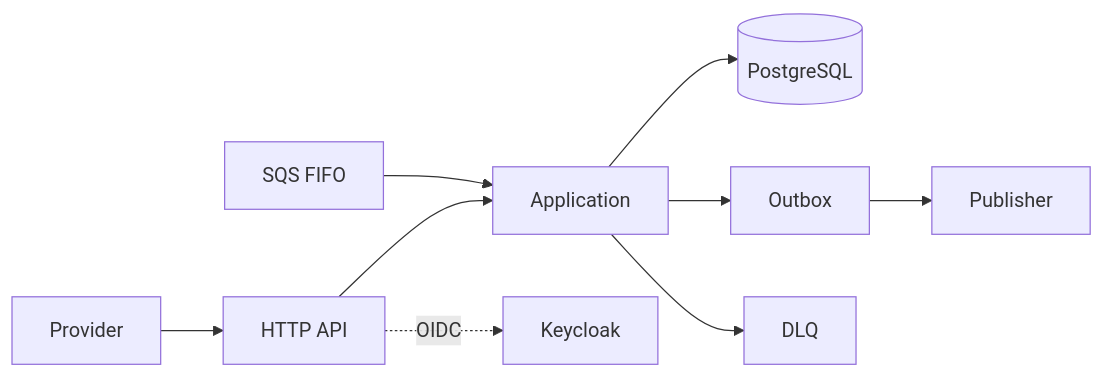
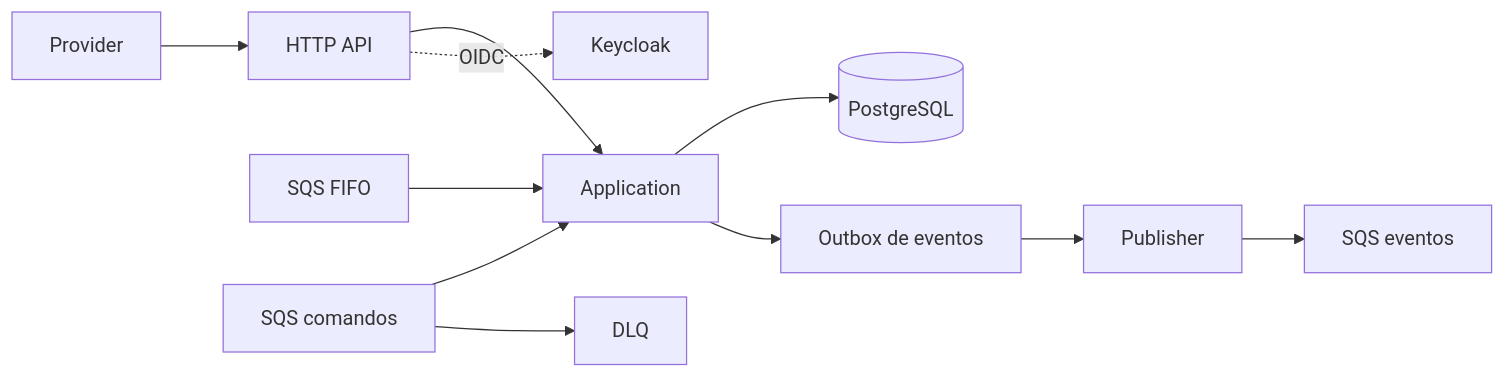
One commit to wfcosta/backend-challenge-go changed the first of 4 diagrams in ARCHITECTURE.md. Above: the diagram before and after it, drawn with Mermaid. The commit also changed other lines of this file and 2 other files, not shown here.

````diff
--- a/ARCHITECTURE.md
+++ b/ARCHITECTURE.md
@@ -5,11 +20,13 @@
 ```mermaid
 flowchart LR
   P[Provider] --> API[HTTP API]
   API --> APP[Application]
   SQS[SQS FIFO] --> APP
   APP --> DB[(PostgreSQL)]
-  APP --> OUT[Outbox]
+  APP --> OUT[Outbox de eventos]
   OUT --> PUB[Publisher]
+  PUB --> EQ[SQS eventos]
+  CQ[SQS comandos] --> APP
   API -. OIDC .-> KC[Keycloak]
-  APP --> DLQ[DLQ]
+  CQ --> DLQ[DLQ]
 ```
````
